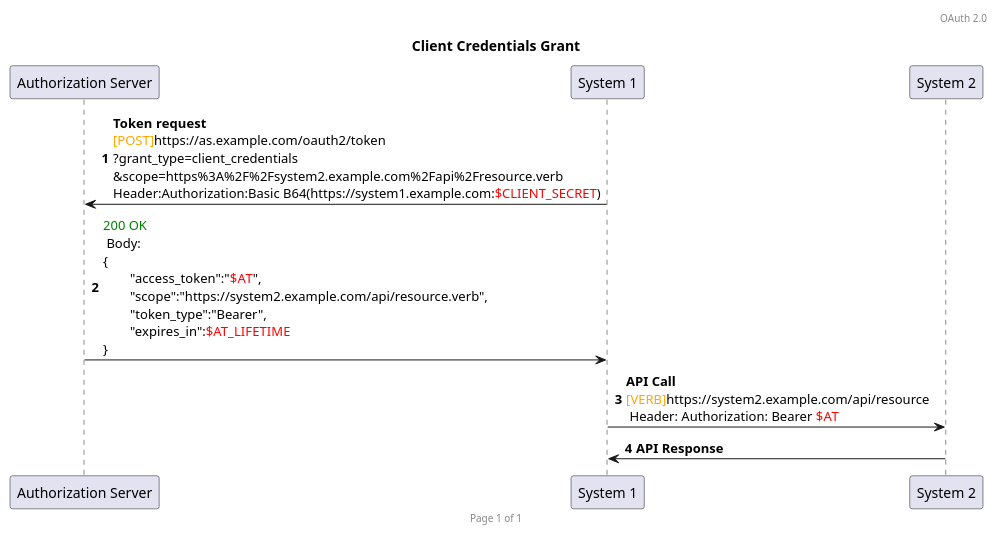
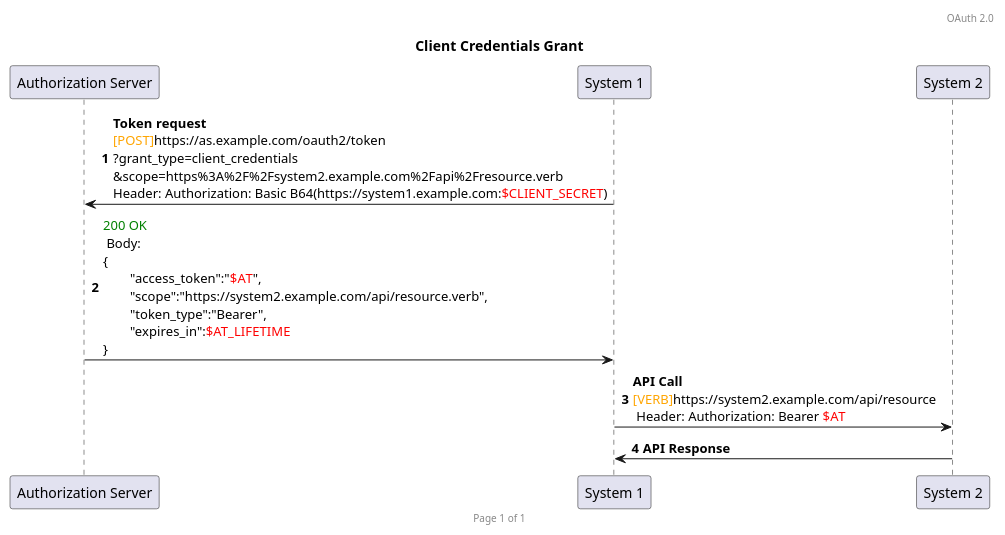
One commit to HenriLefevrePro/Articles changed the diagram in plantuml/oauth2/client_credentials.plantuml. Above: the diagram before and after it, drawn with PlantUML.

```diff
--- a/plantuml/oauth2/client_credentials.plantuml
+++ b/plantuml/oauth2/client_credentials.plantuml
@@ -1,18 +1,18 @@
 @startuml
 
 header OAuth 2.0 
 footer Page %page% of %lastpage%
 
 title Client Credentials Grant
 autonumber
 
 participant Auth as "Authorization Server"
 participant 1 as "System 1"
 participant 2 as "System 2"
 
-1 -> Auth : **Token request**\n<font color=orange>[POST]</font>https://as.example.com/oauth2/token\n?grant_type=client_credentials\n&scope=https%3A%2F%2Fsystem2.example.com%2Fapi%2Fresource.verb\nHeader:Authorization:Basic B64(https://system1.example.com:<font color=red>$CLIENT_SECRET</font>)
+1 -> Auth : **Token request**\n<font color=orange>[POST]</font>https://as.example.com/oauth2/token\n?grant_type=client_credentials\n&scope=https%3A%2F%2Fsystem2.example.com%2Fapi%2Fresource.verb\nHeader: Authorization: Basic B64(https://system1.example.com:<font color=red>$CLIENT_SECRET</font>)
 Auth -> 1 : <font color=green>200 OK</font> \n Body: \n{\n\t"access_token":"<font color=red>$AT</font>",\n\t"scope":"https://system2.example.com/api/resource.verb",\n\t"token_type":"Bearer",\n\t"expires_in":<font color=red>$AT_LIFETIME</font>\n}
 
 1 -> 2 : **API Call** \n<font color=orange>[VERB]</font>https://system2.example.com/api/resource\n Header: Authorization: Bearer <font color=red>$AT</font>
 2 -> 1 : **API Response**
 @enduml
```
